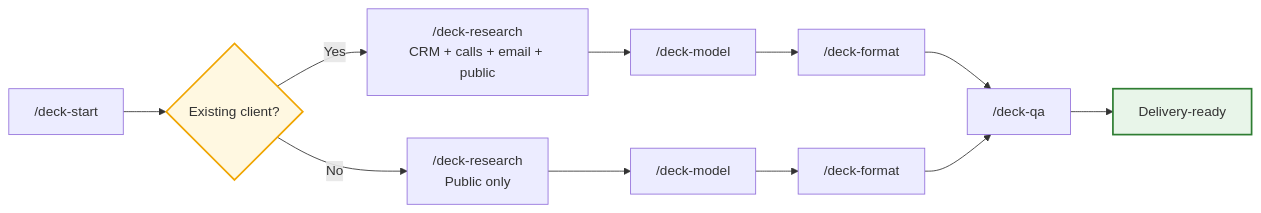
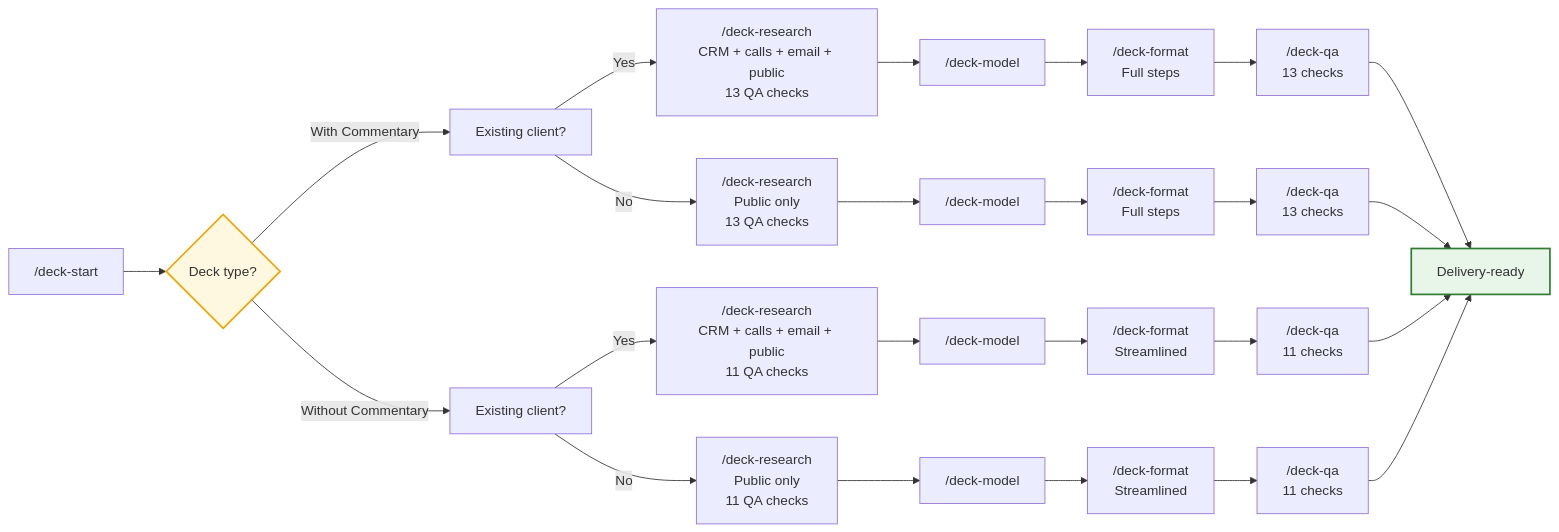
Before and after one commit to Jolly-Incentineering/opportunity-analysis: the diagram in README.md, drawn with Mermaid. The commit also changed other lines of this file, not shown here.

````diff
--- a/README.md
+++ b/README.md
@@ -78,22 +78,37 @@
 ```mermaid
 flowchart LR
-    START["/deck-start"] --> DETECT
-    DETECT{"Existing client?"}
+    START["/deck-start"] --> DTYPE
+    DTYPE{"Deck type?"}
 
-    DETECT -->|Yes| RA["/deck-research<br/>CRM + calls + email + public"]
-    DETECT -->|No| RB["/deck-research<br/>Public only"]
+    DTYPE -->|With Commentary| DETECT1["Existing client?"]
+    DTYPE -->|Without Commentary| DETECT2["Existing client?"]
+
+    DETECT1 -->|Yes| RA["/deck-research<br/>CRM + calls + email + public<br/>13 QA checks"]
+    DETECT1 -->|No| RB1["/deck-research<br/>Public only<br/>13 QA checks"]
+
+    DETECT2 -->|Yes| RC["/deck-research<br/>CRM + calls + email + public<br/>11 QA checks"]
+    DETECT2 -->|No| RD["/deck-research<br/>Public only<br/>11 QA checks"]
 
     RA --> MODEL_A["/deck-model"]
-    RB --> MODEL_B["/deck-model"]
+    RB1 --> MODEL_B["/deck-model"]
+    RC --> MODEL_C["/deck-model"]
+    RD --> MODEL_D["/deck-model"]
 
-    MODEL_A --> FORMAT_A["/deck-format"]
-    MODEL_B --> FORMAT_B["/deck-format"]
+    MODEL_A --> FORMAT_A["/deck-format<br/>Full steps"]
+    MODEL_B --> FORMAT_B["/deck-format<br/>Full steps"]
+    MODEL_C --> FORMAT_C["/deck-format<br/>Streamlined"]
+    MODEL_D --> FORMAT_D["/deck-format<br/>Streamlined"]
 
-    FORMAT_A --> QA["/deck-qa"]
-    FORMAT_B --> QA
+    FORMAT_A --> QA_A["/deck-qa<br/>13 checks"]
+    FORMAT_B --> QA_B["/deck-qa<br/>13 checks"]
+    FORMAT_C --> QA_C["/deck-qa<br/>11 checks"]
+    FORMAT_D --> QA_D["/deck-qa<br/>11 checks"]
 
-    QA --> DONE["Delivery-ready"]
+    QA_A --> DONE["Delivery-ready"]
+    QA_B --> DONE
+    QA_C --> DONE
+    QA_D --> DONE
 
-    style DETECT fill:#fff8e1,stroke:#f0a500,stroke-width:2px
+    style DTYPE fill:#fff8e1,stroke:#f0a500,stroke-width:2px
     style DONE fill:#e8f5e9,stroke:#2e7d32,stroke-width:2px
 ```
````
